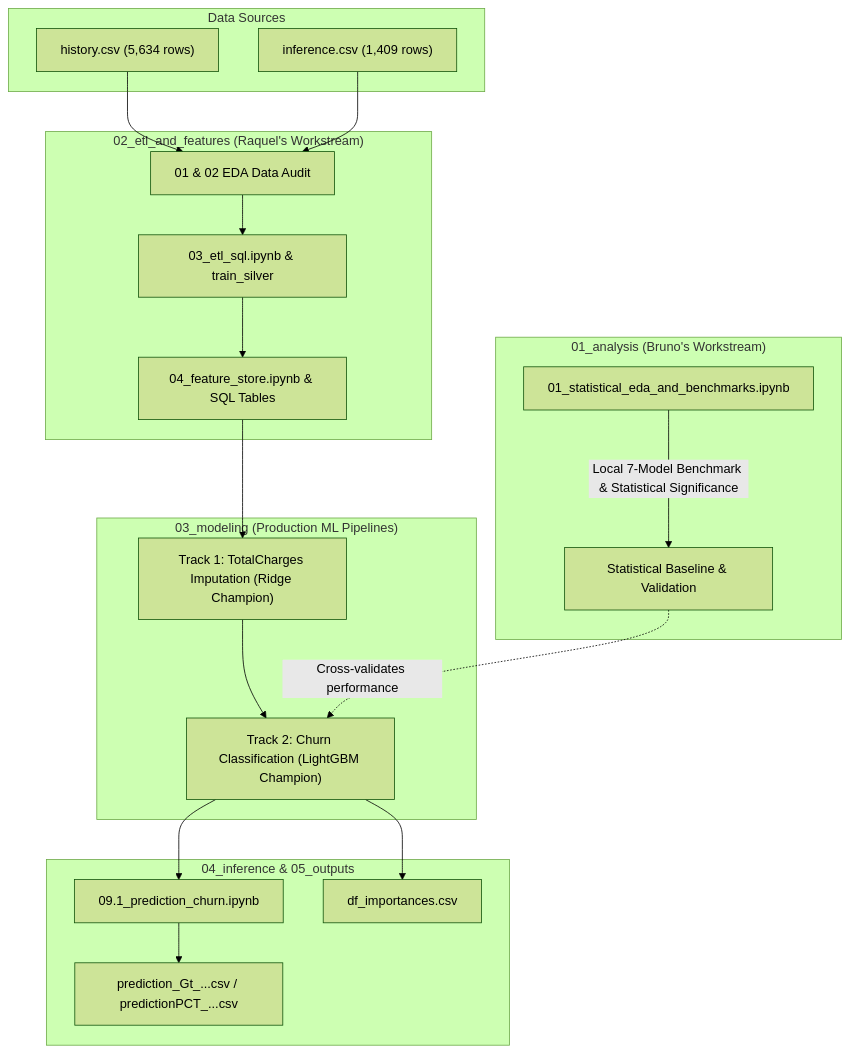
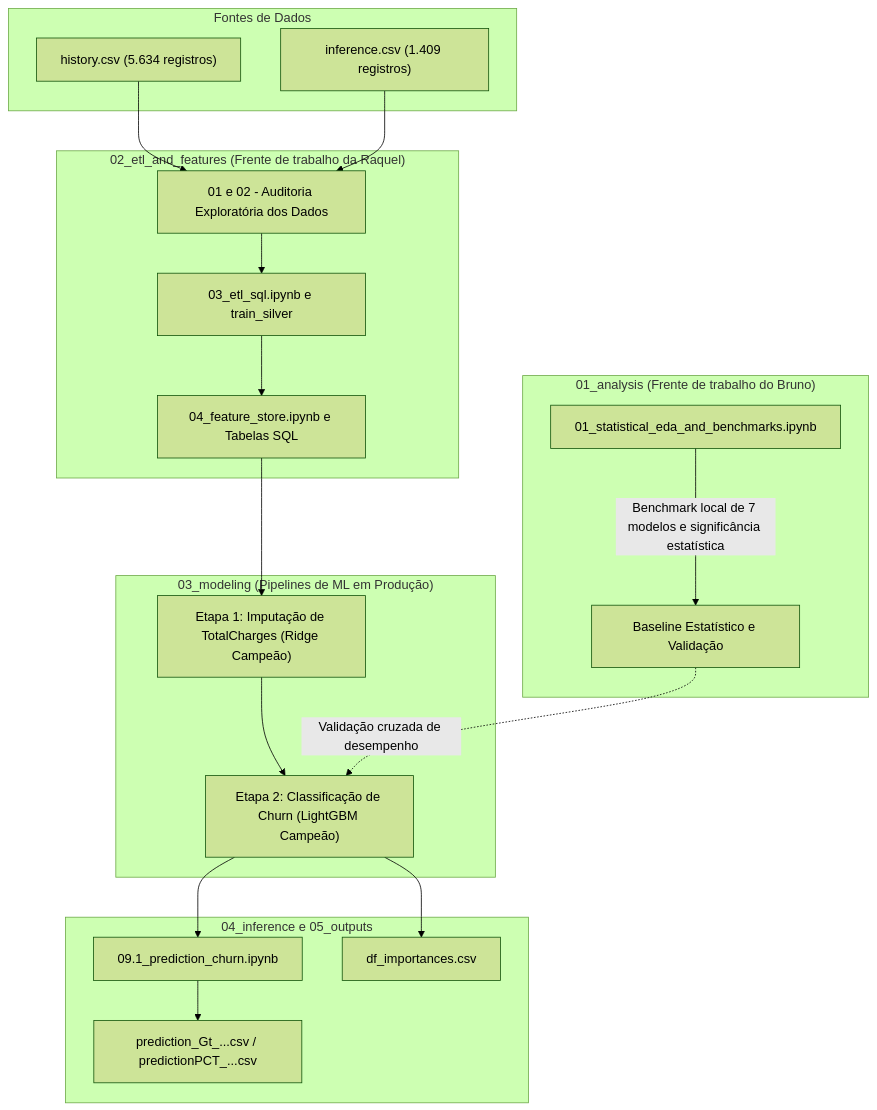
Before and after one commit to thiagonoobre/Hackathon_Terra_Signal: the diagram in README.md, drawn with Mermaid (forest theme). The commit also changed other lines of this file, not shown here.

````diff
--- a/README.md
+++ b/README.md
@@ -23,31 +26,31 @@
 ```mermaid
 flowchart TD
-    subgraph Data Sources
-        H["history.csv (5,634 rows)"]
-        I["inference.csv (1,409 rows)"]
+    subgraph "Fontes de Dados"
+        H["history.csv (5.634 registros)"]
+        I["inference.csv (1.409 registros)"]
     end
 
-    subgraph "01_analysis (Bruno's Workstream)"
+    subgraph "01_analysis (Frente de trabalho do Bruno)"
         EDA["01_statistical_eda_and_benchmarks.ipynb"]
-        EDA --> |Local 7-Model Benchmark & Statistical Significance| COMP["Statistical Baseline & Validation"]
+        EDA --> |Benchmark local de 7 modelos e significância estatística| COMP["Baseline Estatístico e Validação"]
     end
 
-    subgraph "02_etl_and_features (Raquel's Workstream)"
-        H & I --> AUDIT["01 & 02 EDA Data Audit"]
-        AUDIT --> ETL["03_etl_sql.ipynb & train_silver"]
-        ETL --> FS["04_feature_store.ipynb & SQL Tables"]
+    subgraph "02_etl_and_features (Frente de trabalho da Raquel)"
+        H & I --> AUDIT["01 e 02 - Auditoria Exploratória dos Dados"]
+        AUDIT --> ETL["03_etl_sql.ipynb e train_silver"]
+        ETL --> FS["04_feature_store.ipynb e Tabelas SQL"]
     end
 
-    subgraph "03_modeling (Production ML Pipelines)"
-        FS --> TR1["Track 1: TotalCharges Imputation (Ridge Champion)"]
-        TR1 --> TR2["Track 2: Churn Classification (LightGBM Champion)"]
+    subgraph "03_modeling (Pipelines de ML em Produção)"
+        FS --> TR1["Etapa 1: Imputação de TotalCharges (Ridge Campeão)"]
+        TR1 --> TR2["Etapa 2: Classificação de Churn (LightGBM Campeão)"]
     end
 
-    subgraph "04_inference & 05_outputs"
+    subgraph "04_inference e 05_outputs"
         TR2 --> INF["09.1_prediction_churn.ipynb"]
         INF --> PRED["prediction_Gt_...csv / predictionPCT_...csv"]
         TR2 --> OUT["df_importances.csv"]
     end
 
-    COMP -.-> |Cross-validates performance| TR2
+    COMP -.-> |Validação cruzada de desempenho| TR2
 ```
````
